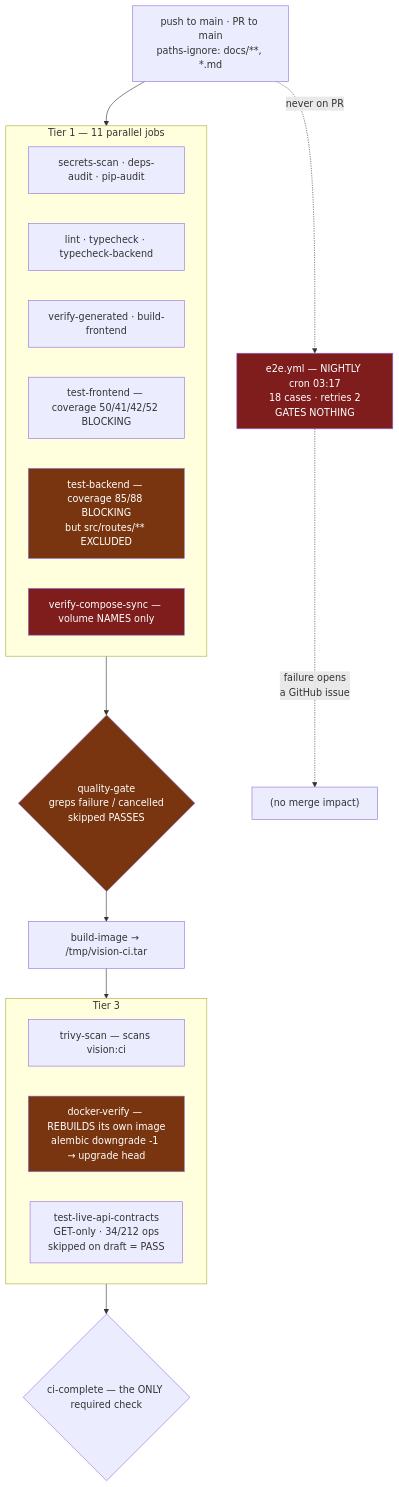
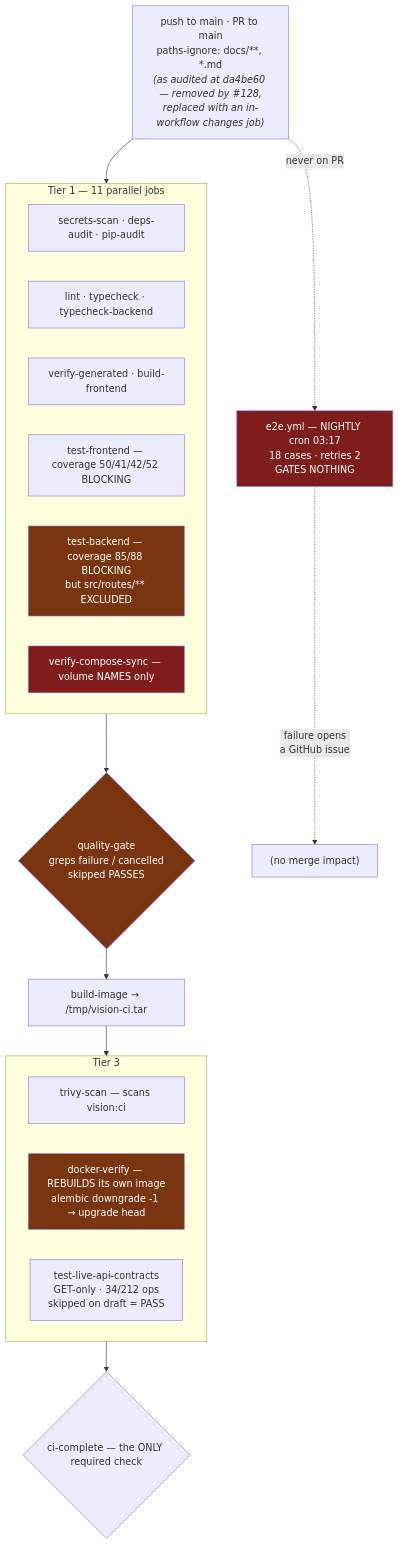
Before and after one commit to EraPartner/Vision: the second of 7 diagrams in docs/audits/2026-07-27-codebase-research-audit.md, drawn with Mermaid. The commit also changed other lines of this file, not shown here.

````diff
--- a/docs/audits/2026-07-27-codebase-research-audit.md
+++ b/docs/audits/2026-07-27-codebase-research-audit.md
@@ -155,35 +155,35 @@
 ```mermaid
 flowchart TD
-    T["push to main · PR to main<br/>paths-ignore: docs/**, *.md"]
+    T["push to main · PR to main<br/>paths-ignore: docs/**, *.md<br/><i>(as audited at da4be60 — removed by #128,<br/>replaced with an in-workflow changes job)</i>"]
 
     subgraph t1["Tier 1 — 11 parallel jobs"]
         A1["secrets-scan · deps-audit · pip-audit"]
         A2["lint · typecheck · typecheck-backend"]
         A3["verify-generated · build-frontend"]
         A4["test-frontend — coverage 50/41/42/52 BLOCKING"]
         A5["test-backend — coverage 85/88 BLOCKING<br/>but src/routes/** EXCLUDED"]
         A6["verify-compose-sync — volume NAMES only"]
     end
 
     QG{"quality-gate<br/>greps failure / cancelled<br/>skipped PASSES"}
     BI["build-image → /tmp/vision-ci.tar"]
 
     subgraph t3["Tier 3"]
         TR["trivy-scan — scans vision:ci"]
         DV["docker-verify — REBUILDS its own image<br/>alembic downgrade -1 → upgrade head"]
         LC["test-live-api-contracts<br/>GET-only · 34/212 ops<br/>skipped on draft = PASS"]
     end
 
     CC{"ci-complete — the ONLY required check"}
     E2E["e2e.yml — NIGHTLY cron 03:17<br/>18 cases · retries 2<br/>GATES NOTHING"]
 
     T --> t1 --> QG --> BI --> t3 --> CC
     T -.->|"never on PR"| E2E
     E2E -.->|"failure opens<br/>a GitHub issue"| X["(no merge impact)"]
 
     style QG fill:#78350f,color:#fff
     style A5 fill:#78350f,color:#fff
     style A6 fill:#7f1d1d,color:#fff
     style E2E fill:#7f1d1d,color:#fff
     style DV fill:#78350f,color:#fff
 ```
````
